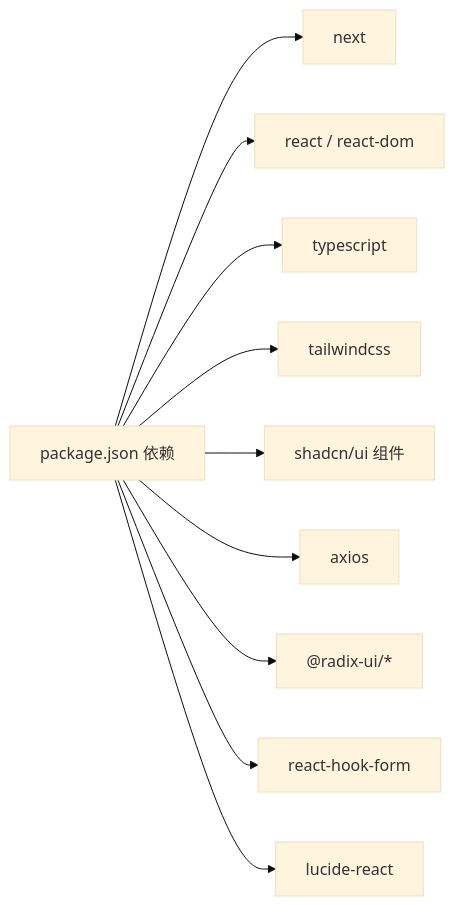
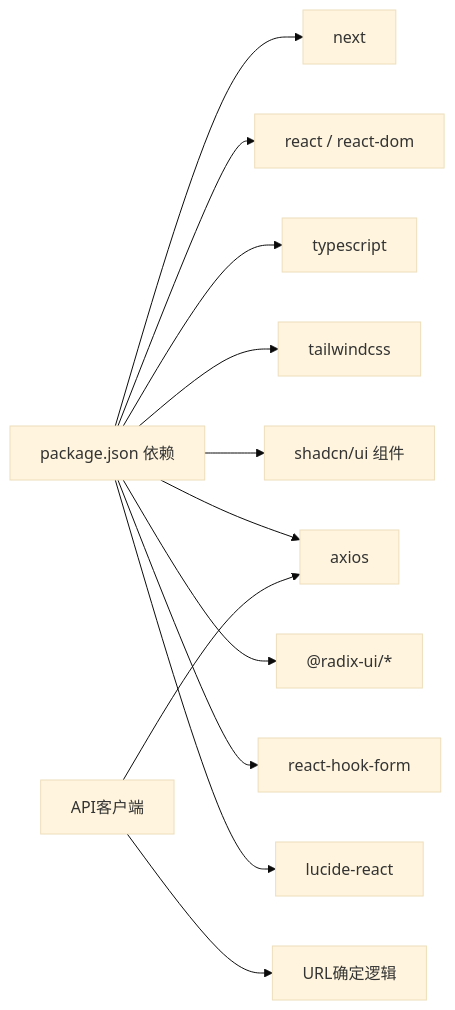
Before and after one commit to breeze-lyf/ai-stock-advisor: the seventh of 7 diagrams in .qoder/repowiki/zh/content/前端开发指南/前端开发指南.md, drawn with Mermaid (base theme). The commit also changed other lines of this file and 52 other files, not shown here.

````diff
--- a/.qoder/repowiki/zh/content/前端开发指南/前端开发指南.md
+++ b/.qoder/repowiki/zh/content/前端开发指南/前端开发指南.md
@@ -352,12 +360,14 @@
 ```mermaid
 graph LR
 Pkg["package.json 依赖"] --> Next["next"]
 Pkg --> React["react / react-dom"]
 Pkg --> TS["typescript"]
 Pkg --> Tailwind["tailwindcss"]
 Pkg --> Shadcn["shadcn/ui 组件"]
 Pkg --> Axios["axios"]
 Pkg --> Radix["@radix-ui/*"]
 Pkg --> HookForm["react-hook-form"]
 Pkg --> Icons["lucide-react"]
+APIClient["API客户端"] --> Axios
+APIClient --> URLLogic["URL确定逻辑"]
 ```
````
